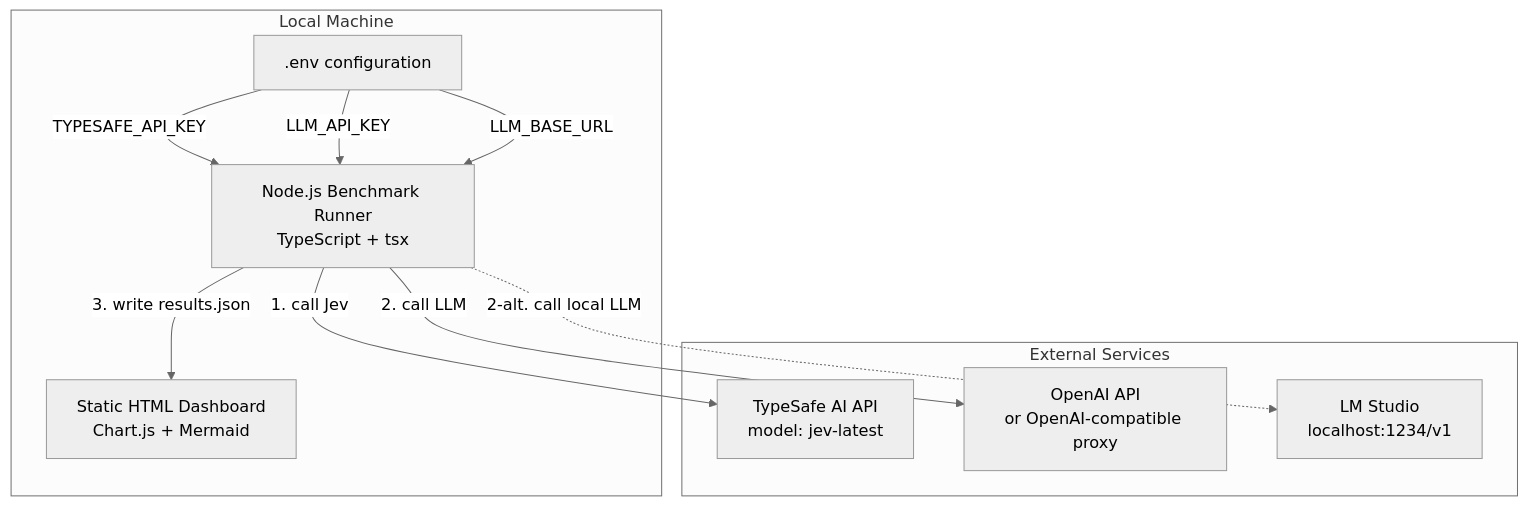
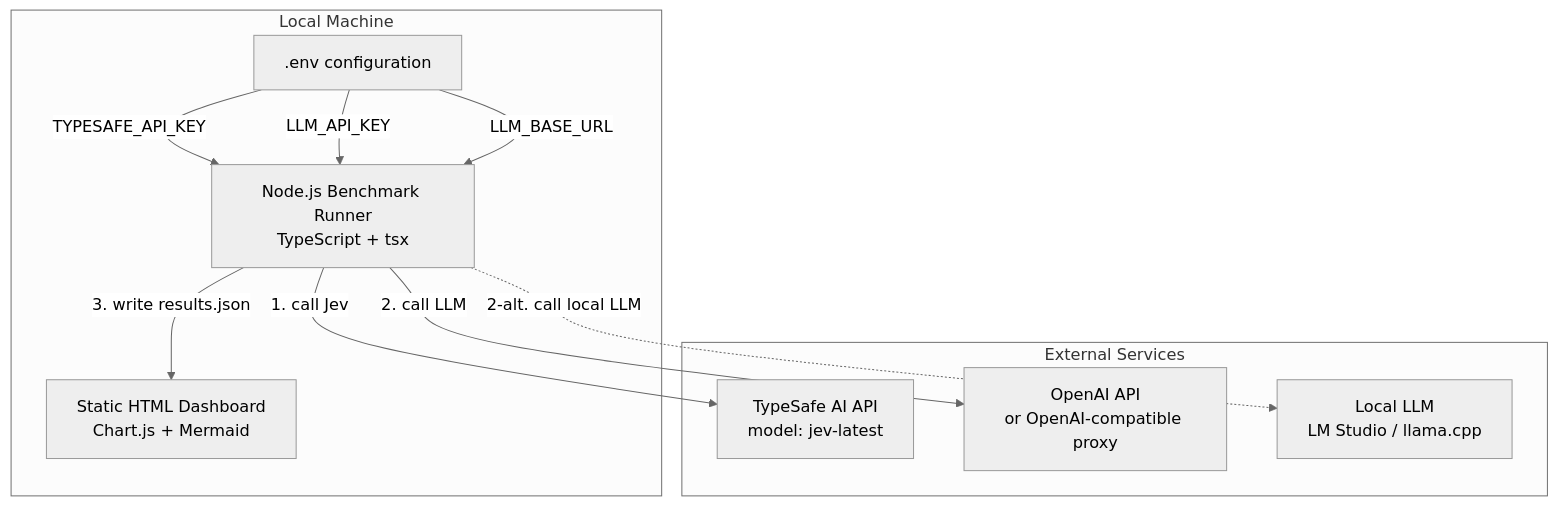
Before and after one commit to Chronona/jev-llm-benchmark: the second of 4 diagrams in docs/c4-model.md, drawn with Mermaid (neutral theme). The commit also changed other lines of this file and 2 other files, not shown here.

````diff
--- a/docs/c4-model.md
+++ b/docs/c4-model.md
@@ -26,22 +26,22 @@
 ```mermaid
 flowchart TB
     subgraph "Local Machine"
         Runner[Node.js Benchmark Runner<br/>TypeScript + tsx]
         HTML[Static HTML Dashboard<br/>Chart.js + Mermaid]
         Env[.env configuration]
     end
 
     subgraph "External Services"
         TS[TypeSafe AI API<br/>model: jev-latest]
         OAI[OpenAI API<br/>or OpenAI-compatible proxy]
-        LMStudio[LM Studio<br/>localhost:1234/v1]
+        LocalLLM[Local LLM<br/>LM Studio / llama.cpp]
     end
 
     Env -->|TYPESAFE_API_KEY| Runner
     Env -->|LLM_API_KEY| Runner
     Env -->|LLM_BASE_URL| Runner
     Runner -->|1. call Jev| TS
     Runner -->|2. call LLM| OAI
-    Runner -.->|2-alt. call local LLM| LMStudio
+    Runner -.->|2-alt. call local LLM| LocalLLM
     Runner -->|3. write results.json| HTML
 ```
````
